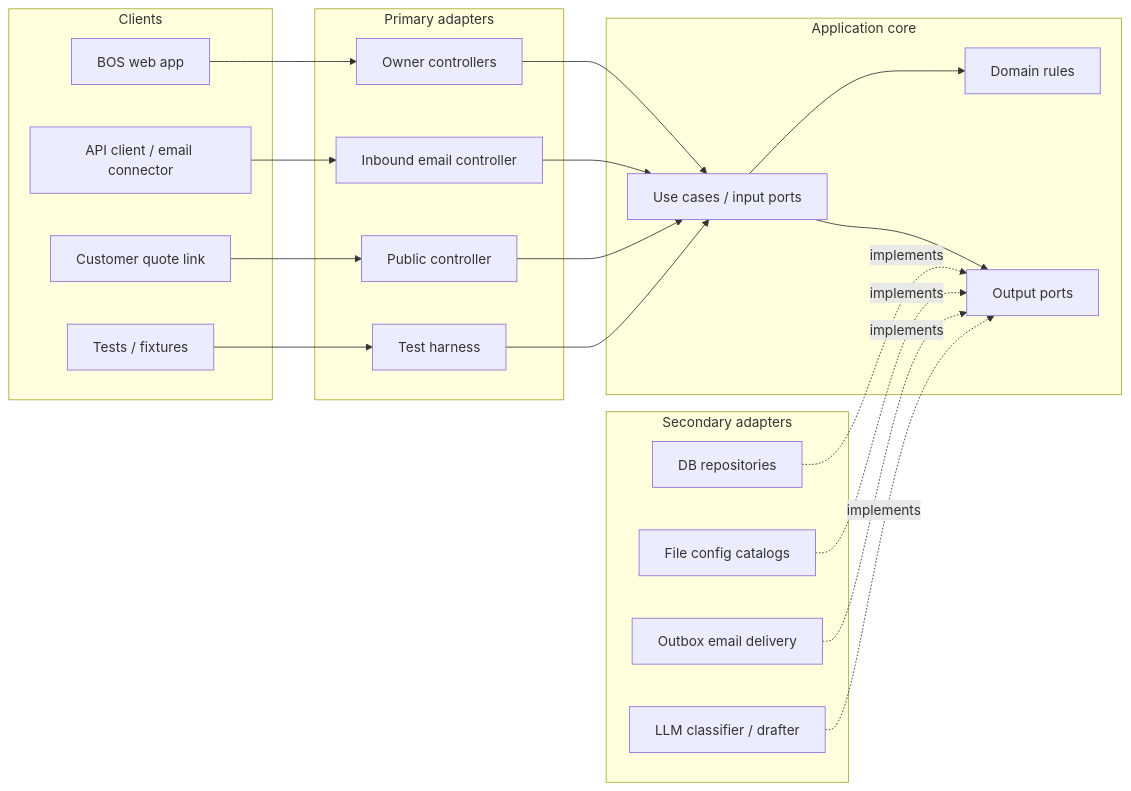
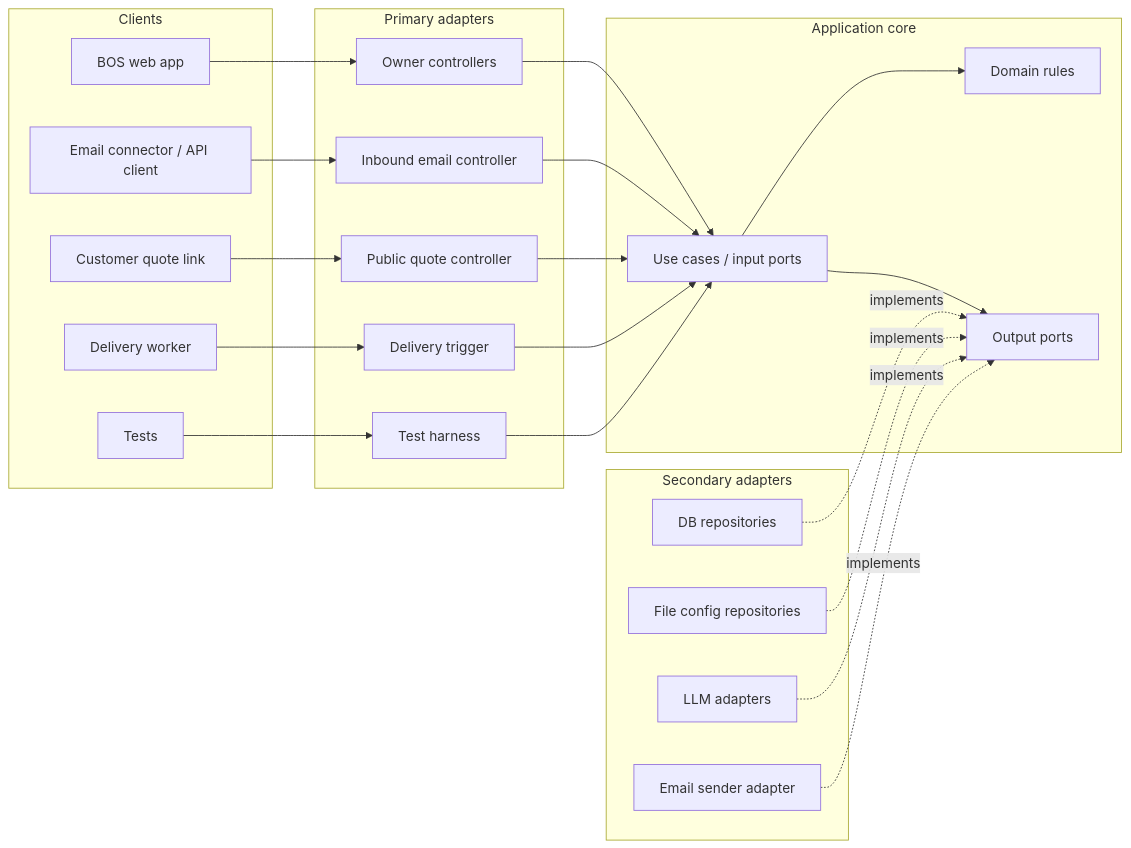
One commit to OwnStack-Digital/customer-desk changed the third of 3 diagrams in docs/ARCHITECTURE.md. Above: the diagram before and after it, drawn with Mermaid. The commit also changed other lines of this file and 1 other file, not shown here.

Commit message:
docs: define implementation-ready BOS architecture

````diff
--- a/docs/ARCHITECTURE.md
+++ b/docs/ARCHITECTURE.md
@@ -110,44 +231,43 @@
 ```mermaid
 flowchart LR
   subgraph Clients
     Web[BOS web app]
-    Connector[API client / email connector]
+    Connector[Email connector / API client]
     Customer[Customer quote link]
-    Tests[Tests / fixtures]
+    Worker[Delivery worker]
+    Tests[Tests]
   end
 
   subgraph Primary[Primary adapters]
     OwnerCtl[Owner controllers]
-    IngressCtl[Inbound email controller]
-    PublicCtl[Public controller]
+    EmailCtl[Inbound email controller]
+    PublicCtl[Public quote controller]
+    DeliveryCtl[Delivery trigger]
     Harness[Test harness]
   end
 
   subgraph Core[Application core]
     UC[Use cases / input ports]
     Domain[Domain rules]
     Ports[Output ports]
     UC --> Domain
     UC --> Ports
   end
 
   subgraph Secondary[Secondary adapters]
     Repos[DB repositories]
-    Config[File config catalogs]
-    Delivery[Outbox email delivery]
-    AI[LLM classifier / drafter]
+    Config[File config repositories]
+    AI[LLM adapters]
+    Sender[Email sender adapter]
   end
 
-  Web --> OwnerCtl
-  Connector --> IngressCtl
-  Customer --> PublicCtl
-  Tests --> Harness
-  OwnerCtl --> UC
-  IngressCtl --> UC
-  PublicCtl --> UC
-  Harness --> UC
+  Web --> OwnerCtl --> UC
+  Connector --> EmailCtl --> UC
+  Customer --> PublicCtl --> UC
+  Worker --> DeliveryCtl --> UC
+  Tests --> Harness --> UC
   Repos -.->|implements| Ports
   Config -.->|implements| Ports
-  Delivery -.->|implements| Ports
   AI -.->|implements| Ports
+  Sender -.->|implements| Ports
 ```
````
